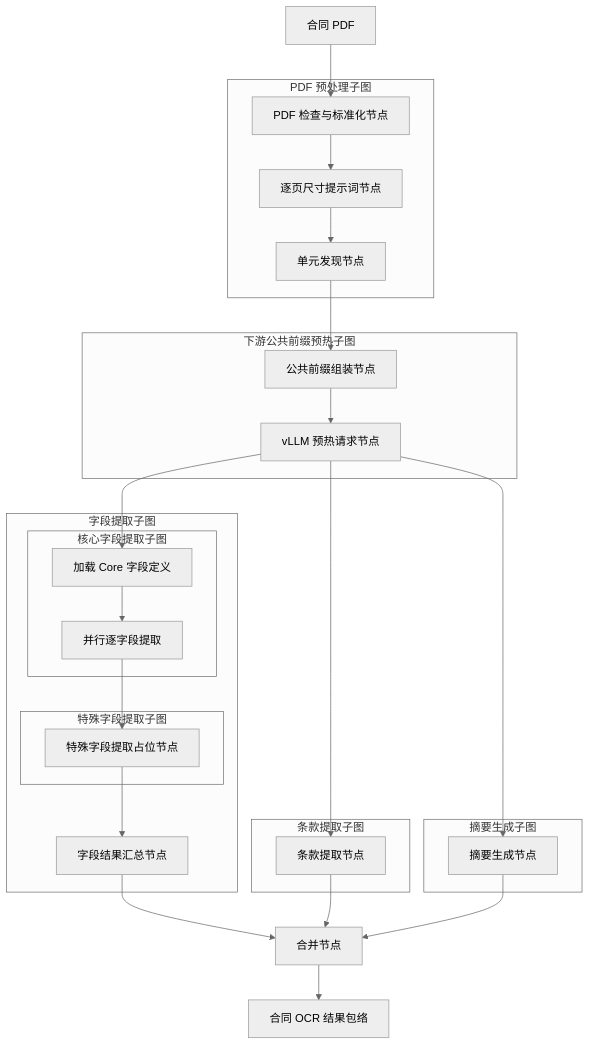
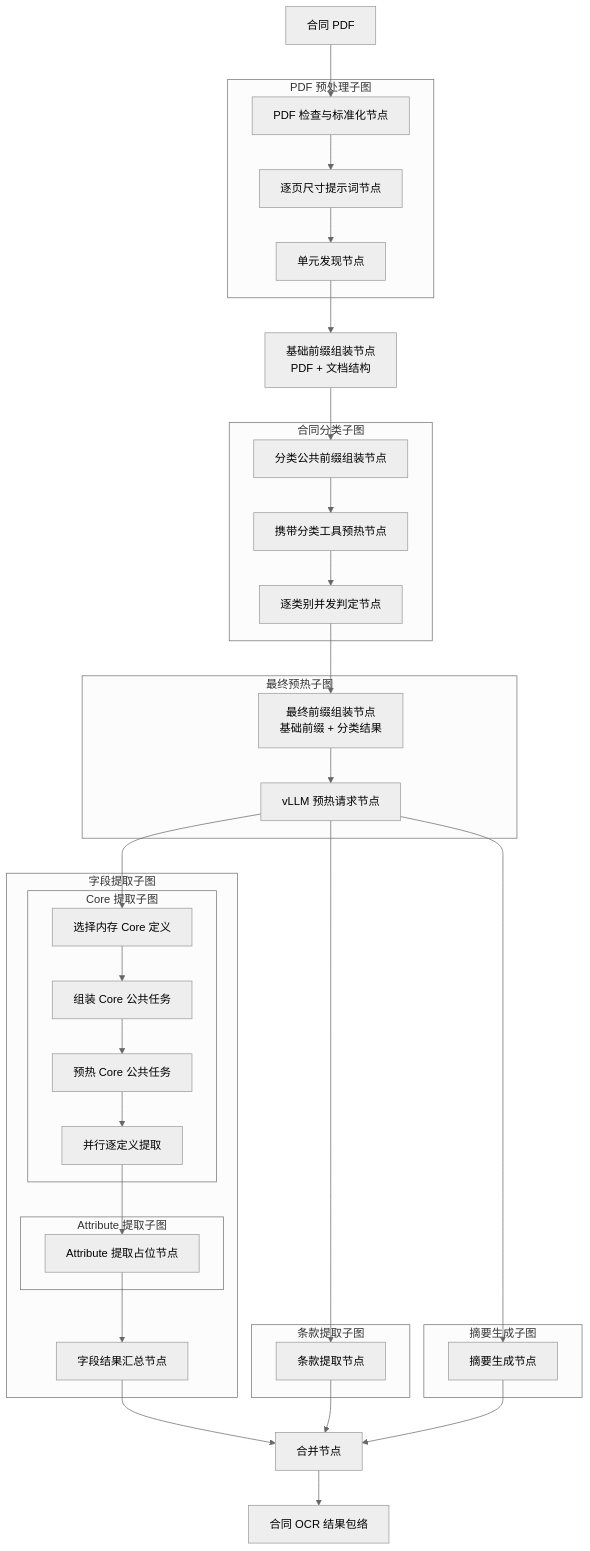
The diagram in description/architecture/contract-extraction-agent-workflow.md (caicai-6666/contract-service-be), drawn with Mermaid (neutral theme) before and after one commit. The commit also changed other lines of this file and 71 other files, not shown here.

Commit message:
complete many extraction node 1.update pdf preprocessing 2.design mllm chat-template 3.contract classification 4.extract core field

````diff
--- a/description/architecture/contract-extraction-agent-workflow.md
+++ b/description/architecture/contract-extraction-agent-workflow.md
@@ -9,48 +9,60 @@
 ```mermaid
 flowchart TD
     input["合同 PDF"]
 
     subgraph preprocessing_subgraph["PDF 预处理子图"]
         prepare_pdf["PDF 检查与标准化节点"]
         build_prompt["逐页尺寸提示词节点"]
         discover_units["单元发现节点"]
         prepare_pdf --> build_prompt --> discover_units
     end
 
-    subgraph preheat_subgraph["下游公共前缀预热子图"]
-        assemble_prefill["公共前缀组装节点"]
+    assemble_base["基础前缀组装节点<br/>PDF + 文档结构"]
+
+    subgraph classification_subgraph["合同分类子图"]
+        assemble_classification["分类公共前缀组装节点"]
+        prefill_classification["携带分类工具预热节点"]
+        classify["逐类别并发判定节点"]
+        assemble_classification --> prefill_classification --> classify
+    end
+
+    subgraph preheat_subgraph["最终预热子图"]
+        assemble_prefill["最终前缀组装节点<br/>基础前缀 + 分类结果"]
         request_prefill["vLLM 预热请求节点"]
         assemble_prefill --> request_prefill
     end
 
     subgraph field_subgraph["字段提取子图"]
-        subgraph core_field_subgraph["核心字段提取子图"]
-            load_core_fields["加载 Core 字段定义"]
-            core_field_node["并行逐字段提取"]
-            load_core_fields --> core_field_node
+        subgraph core_subgraph["Core 提取子图"]
+            select_core["选择内存 Core 定义"]
+            assemble_core["组装 Core 公共任务"]
+            prefill_core["预热 Core 公共任务"]
+            core_node["并行逐定义提取"]
+            select_core --> assemble_core --> prefill_core --> core_node
         end
-        subgraph special_field_subgraph["特殊字段提取子图"]
-            special_field_node["特殊字段提取占位节点"]
+        subgraph attribute_subgraph["Attribute 提取子图"]
+            attribute_node["Attribute 提取占位节点"]
         end
-        core_field_node --> special_field_node --> field_merge["字段结果汇总节点"]
+        core_node --> attribute_node --> field_merge["字段结果汇总节点"]
     end
 
     subgraph clause_subgraph["条款提取子图"]
         clause_node["条款提取节点"]
     end
 
     subgraph summary_subgraph["摘要生成子图"]
         summary_node["摘要生成节点"]
     end
 
     input --> prepare_pdf
-    discover_units --> assemble_prefill
-    request_prefill --> load_core_fields
+    discover_units --> assemble_base --> assemble_classification
+    classify --> assemble_prefill
+    request_prefill --> select_core
     request_prefill --> clause_node
     request_prefill --> summary_node
 
     field_merge --> merge["合并节点"]
     clause_node --> merge
     summary_node --> merge
     merge --> result["合同 OCR 结果包络"]
 ```
````
